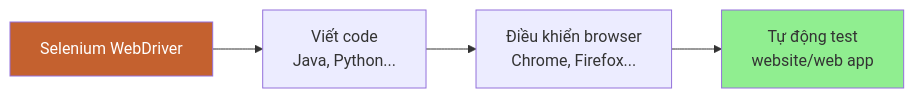
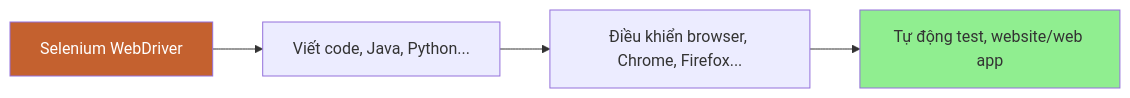
Before and after one commit to namnd0806/automation-testing-cource: the first of 9 diagrams in 04-selenium-introduction.md, drawn with Mermaid. The commit also changed other lines of this file and 4 other files, not shown here.

First line of the commit message:
Fix: Sửa tất cả sơ đồ Mermaid lỗi format

````diff
--- a/04-selenium-introduction.md
+++ b/04-selenium-introduction.md
@@ -25,13 +25,13 @@
 ```mermaid
 graph LR
     A[Selenium WebDriver]
     
-    A --> B[Viết code<br/>Java, Python...]
+    A --> B[Viết code, Java, Python...]
     
-    B --> C[Điều khiển browser<br/>Chrome, Firefox...]
+    B --> C[Điều khiển browser, Chrome, Firefox...]
     
-    C --> D[Tự động test<br/>website/web app]
+    C --> D[Tự động test, website/web app]
     
     style A fill:#C4612F,color:#fff
     style D fill:#90EE90
 ```
````
